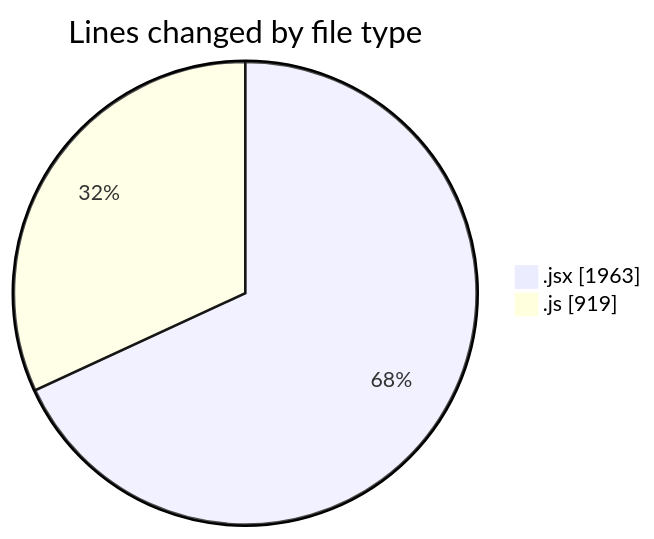
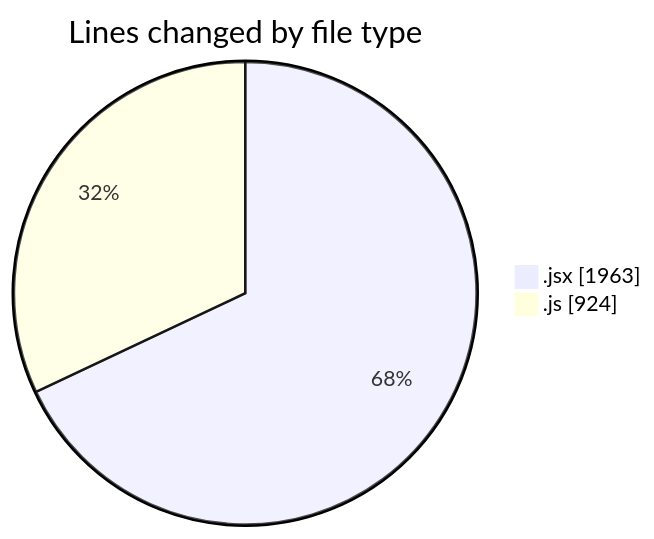
The first of 2 diagrams in 2025-09-10/nxtqube_webapp/README.md (nxtqubesakshisongat/code-tracking), drawn with Mermaid before and after one commit. The commit also changed other lines of this file and 1 other file, not shown here.

````diff
--- a/2025-09-10/nxtqube_webapp/README.md
+++ b/2025-09-10/nxtqube_webapp/README.md
@@ -22,6 +22,6 @@
 ```mermaid
 pie showData
 title Lines changed by file type
 ".jsx" : 1963
-".js" : 919
+".js" : 924
 ```
````
